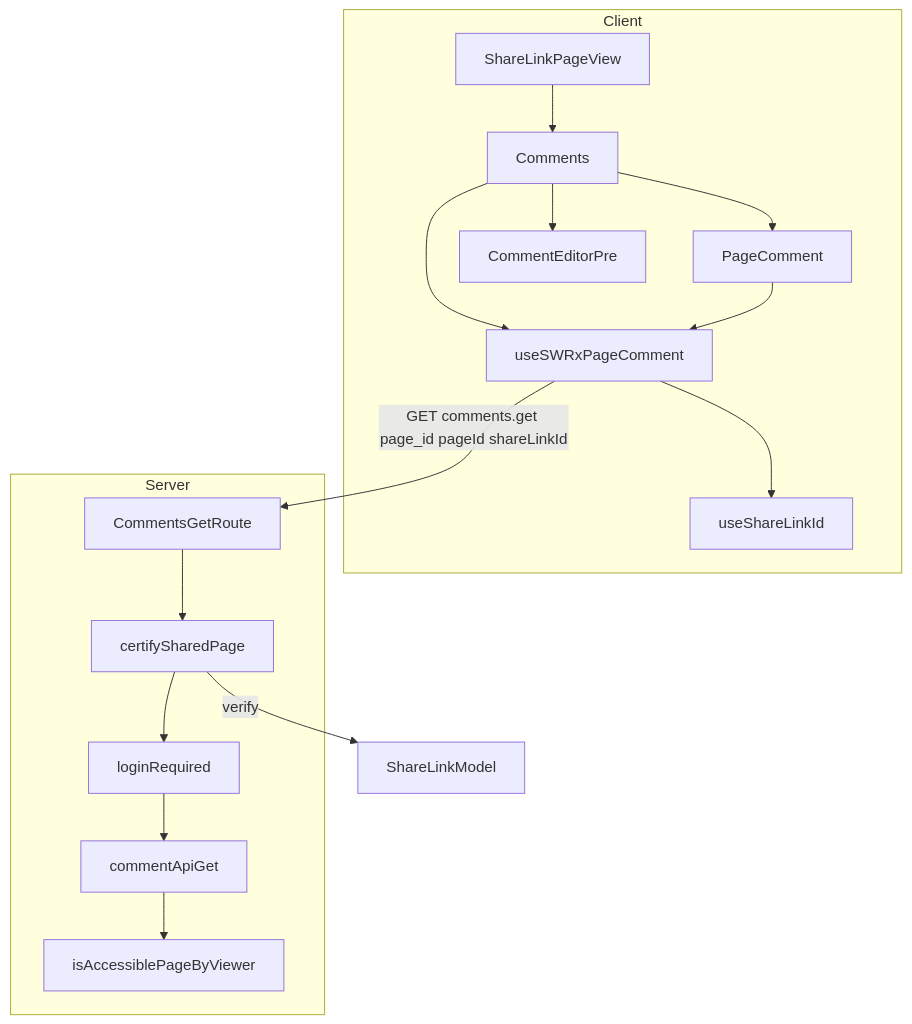
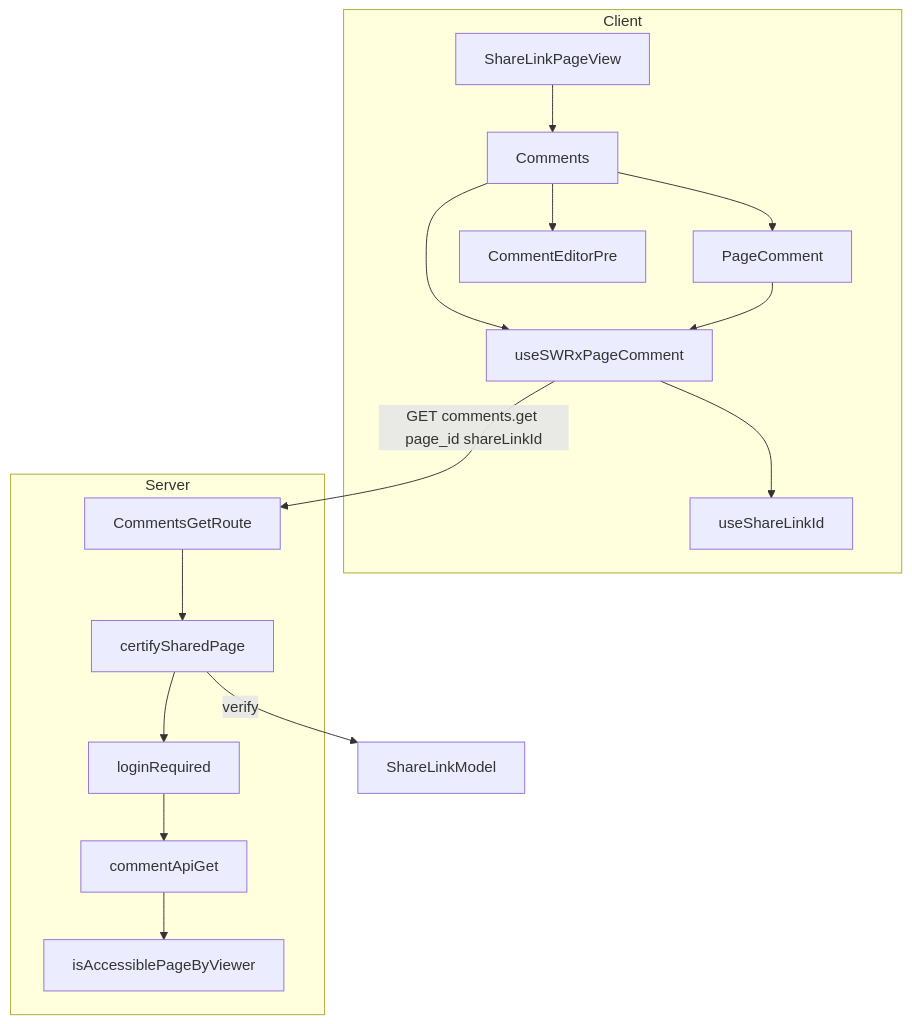
Before and after one commit to growilabs/growi: the first of 2 diagrams in .kiro/specs/share-link-comments/design.md, drawn with Mermaid. The commit also changed other lines of this file and 3 other files, not shown here.

First line of the commit message:
docs(share-link-comments): redesign Task 3 authz to single-ID to close IDOR

````diff
--- a/.kiro/specs/share-link-comments/design.md
+++ b/.kiro/specs/share-link-comments/design.md
@@ -81,19 +91,19 @@
 ```mermaid
 graph TB
     subgraph Client
         ShareLinkPageView --> Comments
         Comments --> PageComment
         Comments --> CommentEditorPre
         Comments --> useSWRxPageComment
         PageComment --> useSWRxPageComment
         useSWRxPageComment --> useShareLinkId
     end
-    useSWRxPageComment -->|GET comments.get page_id pageId shareLinkId| CommentsGetRoute
+    useSWRxPageComment -->|GET comments.get page_id shareLinkId| CommentsGetRoute
     subgraph Server
         CommentsGetRoute --> certifySharedPage
         certifySharedPage --> loginRequired
         loginRequired --> commentApiGet
         commentApiGet --> isAccessiblePageByViewer
     end
     certifySharedPage -->|verify| ShareLinkModel
 ```
````
